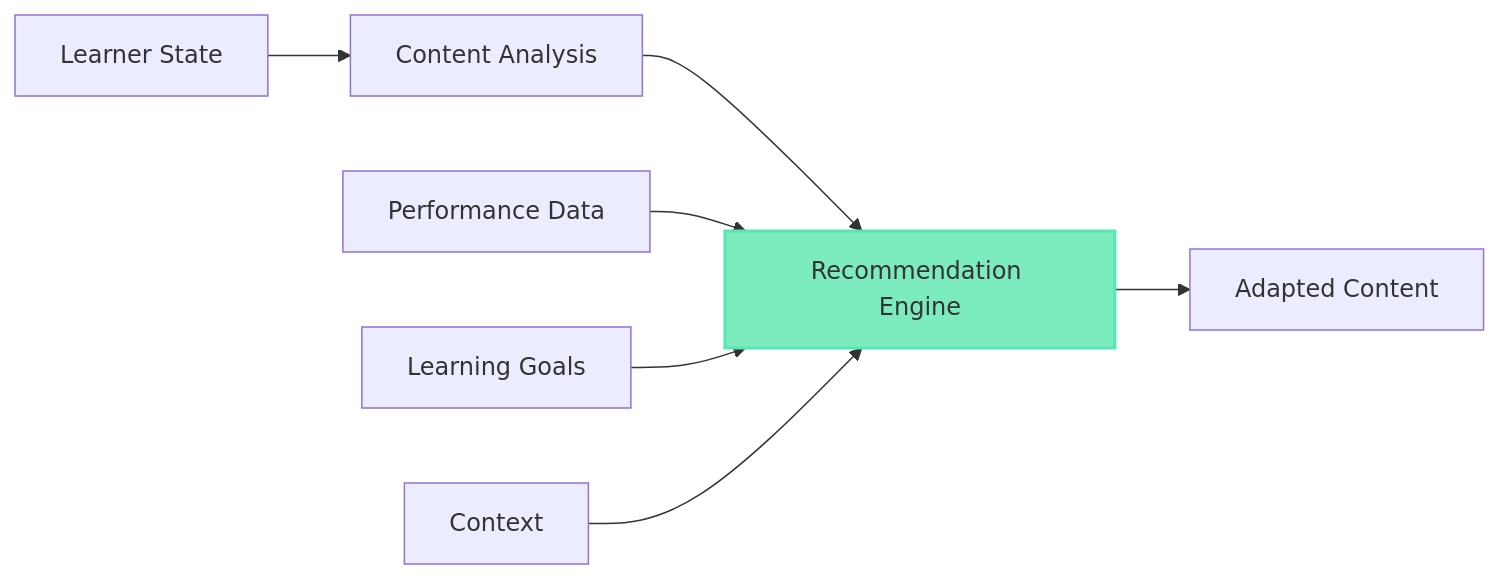
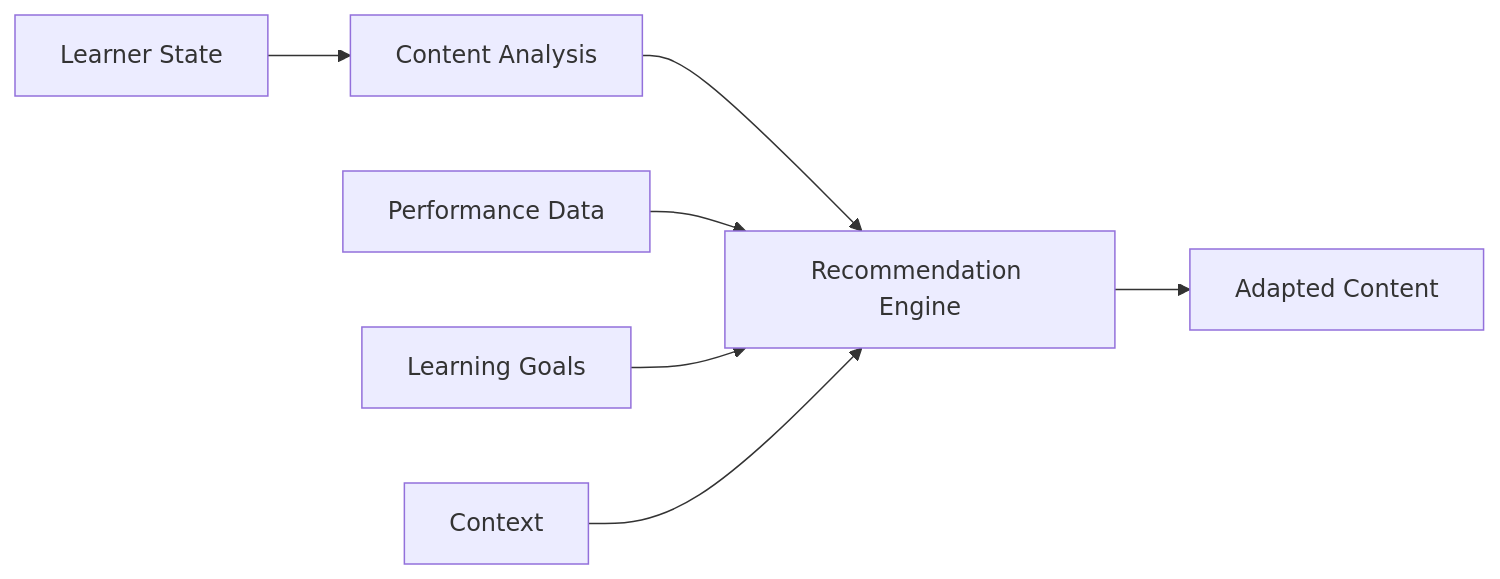
Before and after one commit to ivmarch/geniverse-docs: the diagram in docs/ai-layer.md, drawn with Mermaid. The commit also changed 6 other files, not shown here.

Commit message:
Remove inline styles from Mermaid diagrams and fix arrow styling

````diff
--- a/docs/ai-layer.md
+++ b/docs/ai-layer.md
@@ -49,12 +49,10 @@
 ```mermaid
 graph LR
     A[Learner State] --> B[Content Analysis]
     B --> C[Recommendation Engine]
     C --> D[Adapted Content]
     
     E[Performance Data] --> C
     F[Learning Goals] --> C
     G[Context] --> C
-    
-    style C fill:#7CECBF,stroke:#58E6B2,stroke-width:2px
 ```
````
